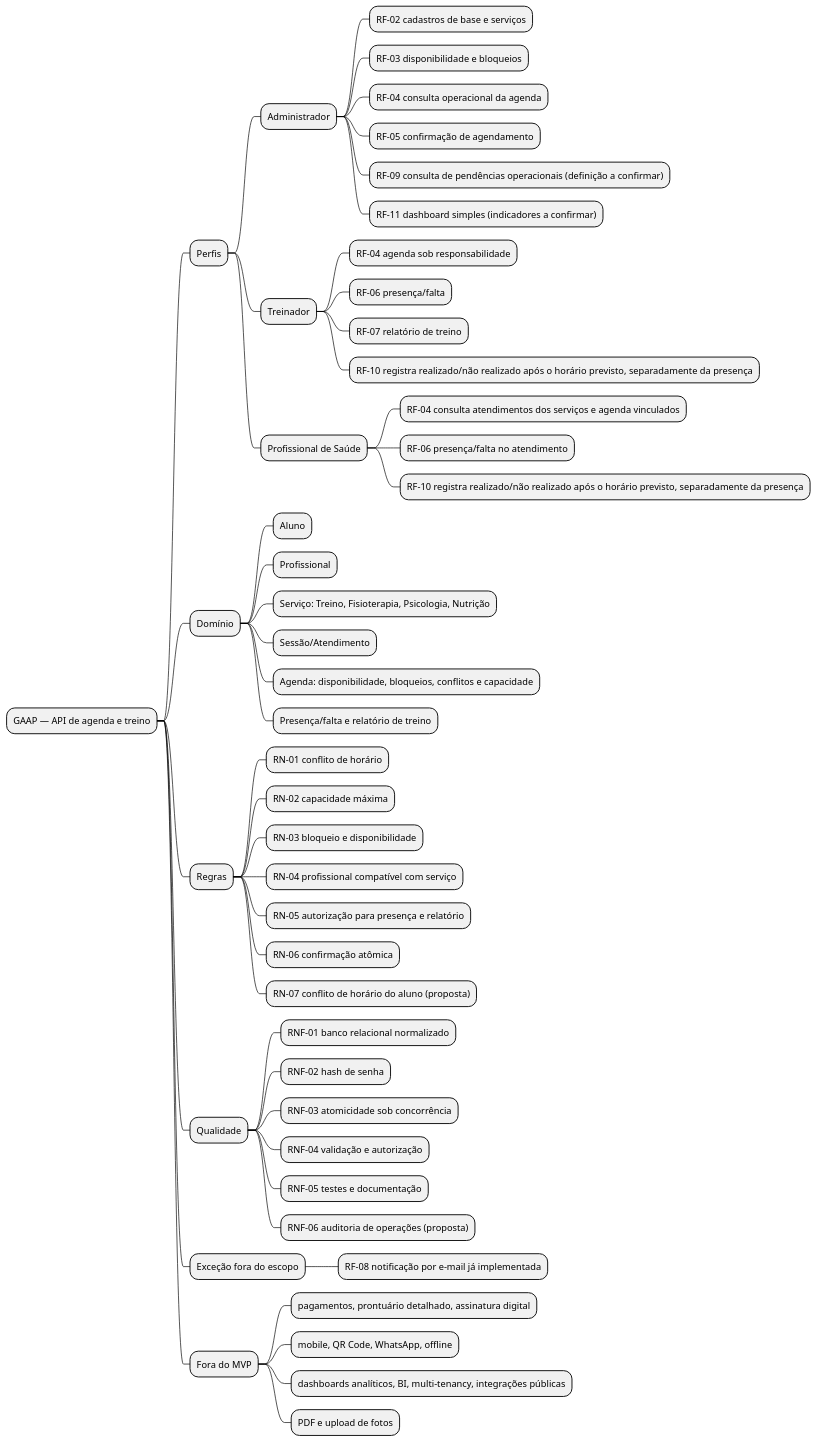
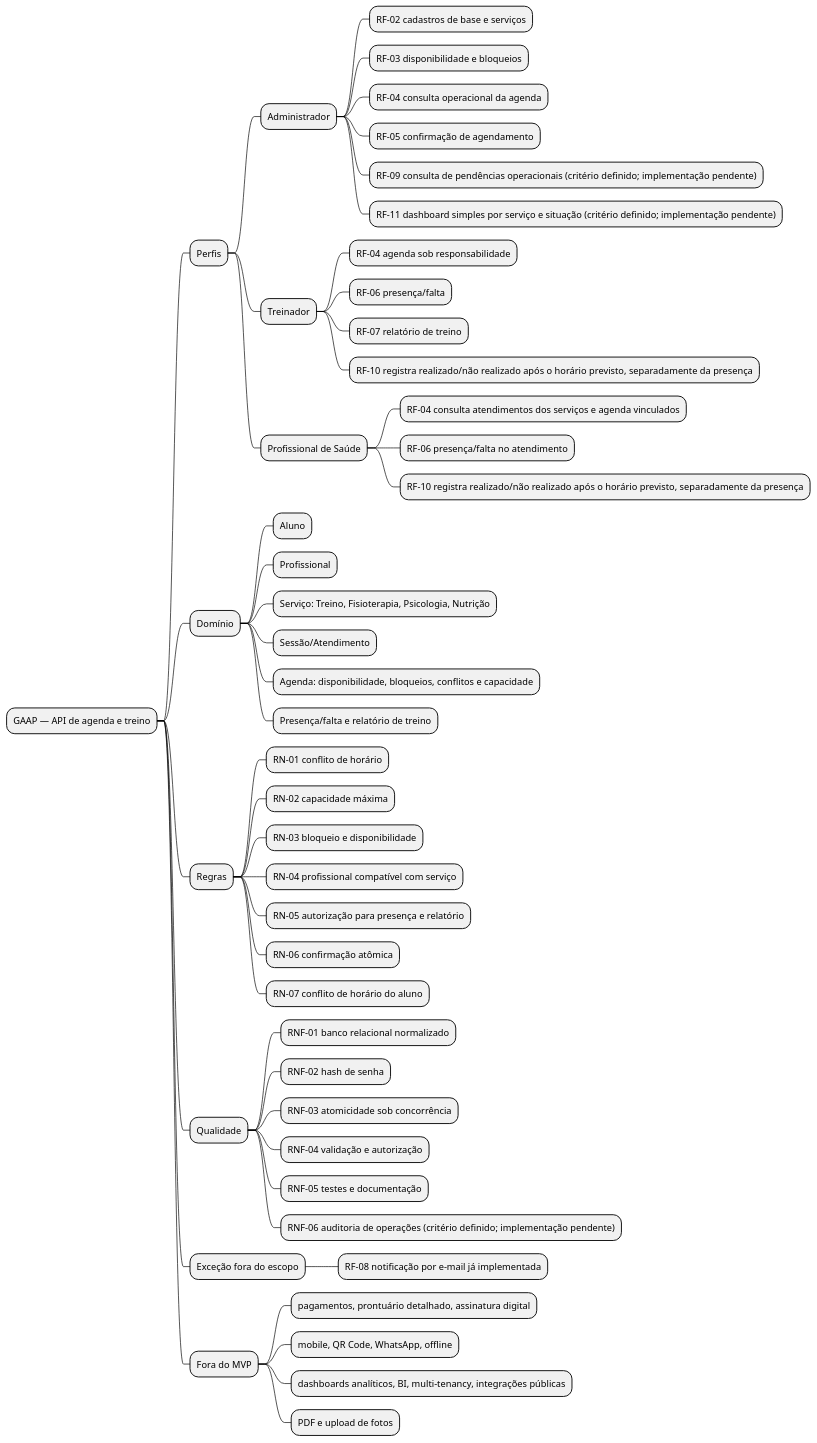
The diagram in docs/Iniciacao/mapa_mental.md (Projetos-de-Extensao/PECDII_26.2_8001_I), drawn with PlantUML before and after one commit. The commit also changed 29 other files, not shown here.

Commit message:
feat(agenda): filtra por serviço vinculado

````diff
--- a/docs/Iniciacao/mapa_mental.md
+++ b/docs/Iniciacao/mapa_mental.md
@@ -9,55 +9,55 @@
 ```plantuml
 @startmindmap gaap_mapa_mental
 skinparam monochrome true
 skinparam ArrowColor #000000
 skinparam NodeFontSize 14
 
 * GAAP — API de agenda e treino
 ** Perfis
 *** Administrador
 **** RF-02 cadastros de base e serviços
 **** RF-03 disponibilidade e bloqueios
 **** RF-04 consulta operacional da agenda
 **** RF-05 confirmação de agendamento
-**** RF-09 consulta de pendências operacionais (definição a confirmar)
-**** RF-11 dashboard simples (indicadores a confirmar)
+**** RF-09 consulta de pendências operacionais (critério definido; implementação pendente)
+**** RF-11 dashboard simples por serviço e situação (critério definido; implementação pendente)
 *** Treinador
 **** RF-04 agenda sob responsabilidade
 **** RF-06 presença/falta
 **** RF-07 relatório de treino
 **** RF-10 registra realizado/não realizado após o horário previsto, separadamente da presença
 *** Profissional de Saúde
 **** RF-04 consulta atendimentos dos serviços e agenda vinculados
 **** RF-06 presença/falta no atendimento
 **** RF-10 registra realizado/não realizado após o horário previsto, separadamente da presença
 ** Domínio
 *** Aluno
 *** Profissional
 *** Serviço: Treino, Fisioterapia, Psicologia, Nutrição
 *** Sessão/Atendimento
 *** Agenda: disponibilidade, bloqueios, conflitos e capacidade
 *** Presença/falta e relatório de treino
 ** Regras
 *** RN-01 conflito de horário
 *** RN-02 capacidade máxima
 *** RN-03 bloqueio e disponibilidade
 *** RN-04 profissional compatível com serviço
 *** RN-05 autorização para presença e relatório
 *** RN-06 confirmação atômica
-*** RN-07 conflito de horário do aluno (proposta)
+*** RN-07 conflito de horário do aluno
 ** Qualidade
 *** RNF-01 banco relacional normalizado
 *** RNF-02 hash de senha
 *** RNF-03 atomicidade sob concorrência
 *** RNF-04 validação e autorização
 *** RNF-05 testes e documentação
-*** RNF-06 auditoria de operações (proposta)
+*** RNF-06 auditoria de operações (critério definido; implementação pendente)
 ** Exceção fora do escopo
 *** RF-08 notificação por e-mail já implementada
 ** Fora do MVP
 *** pagamentos, prontuário detalhado, assinatura digital
 *** mobile, QR Code, WhatsApp, offline
 *** dashboards analíticos, BI, multi-tenancy, integrações públicas
 *** PDF e upload de fotos
 @endmindmap
 ```
````
